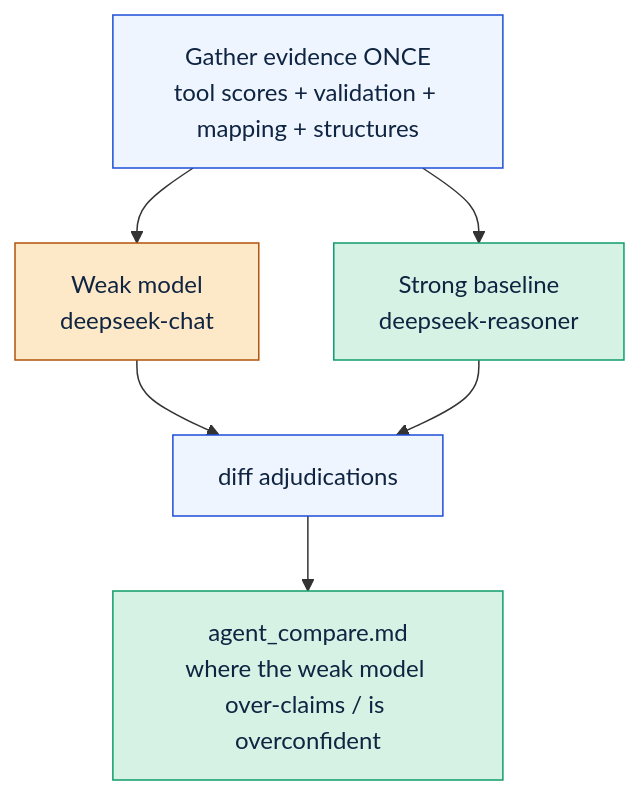
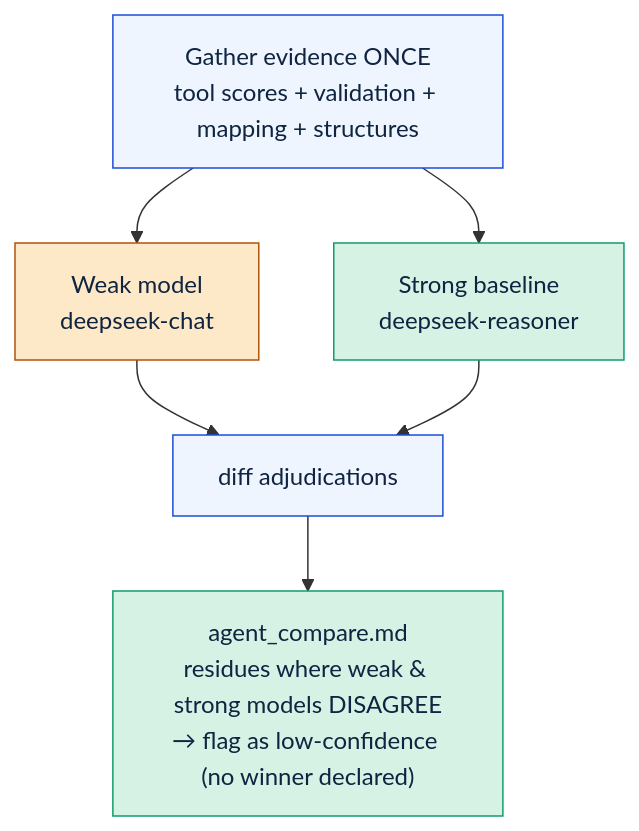
The second of 2 diagrams in FLOW.md (TLDDODO/sv-agent-poc), drawn with Mermaid before and after one commit. The commit also changed other lines of this file and 3 other files, not shown here.

````diff
--- a/FLOW.md
+++ b/FLOW.md
@@ -47,17 +48,17 @@
 ```mermaid
 flowchart TD
     EV["Gather evidence ONCE<br/>tool scores + validation + mapping + structures"]
     EV --> W["Weak model<br/>deepseek-chat"]
     EV --> S["Strong baseline<br/>deepseek-reasoner"]
     W --> D["diff adjudications"]
     S --> D
-    D --> OUT["agent_compare.md<br/>where the weak model over-claims / is overconfident"]
+    D --> OUT["agent_compare.md<br/>residues where weak & strong models DISAGREE<br/>→ flag as low-confidence (no winner declared)"]
 
     classDef agent fill:#eef5ff,stroke:#1d4ed8,color:#0f2440;
     classDef warn fill:#fde9c8,stroke:#b45309,color:#0f2440;
     classDef good fill:#d5f2e5,stroke:#0f9d6b,color:#0f2440;
     class EV agent;
     class W warn;
     class S,OUT good;
     class D agent;
 ```
````
